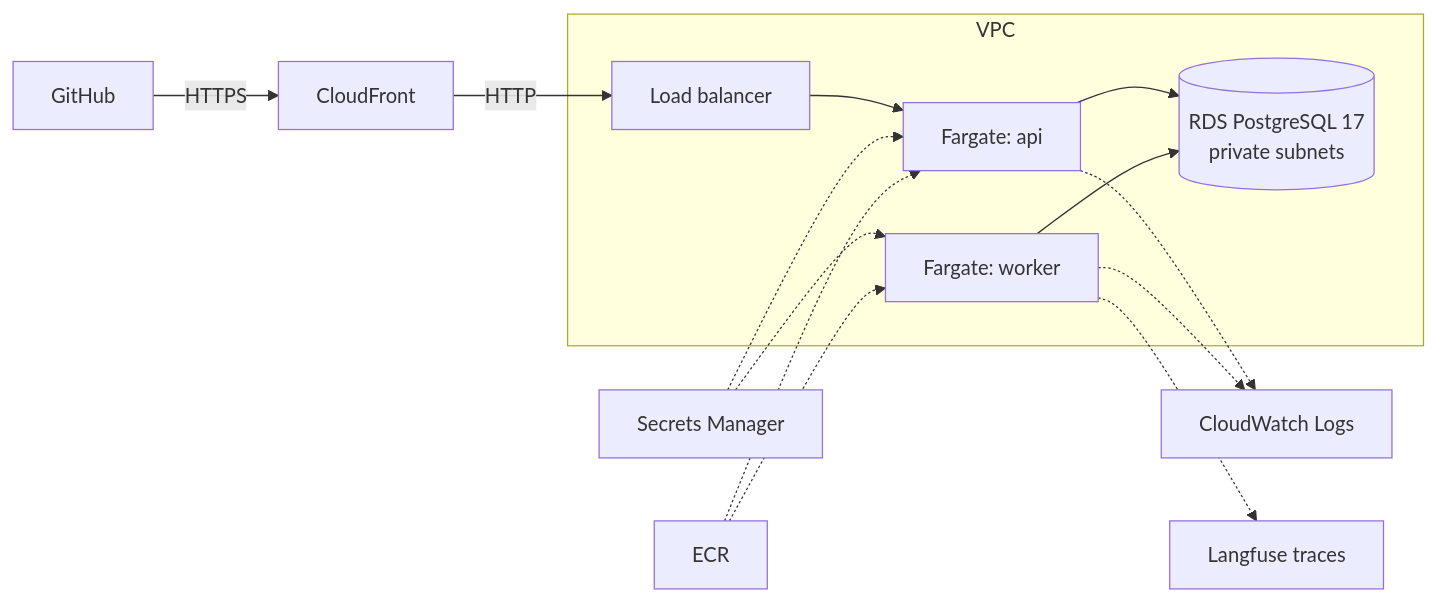
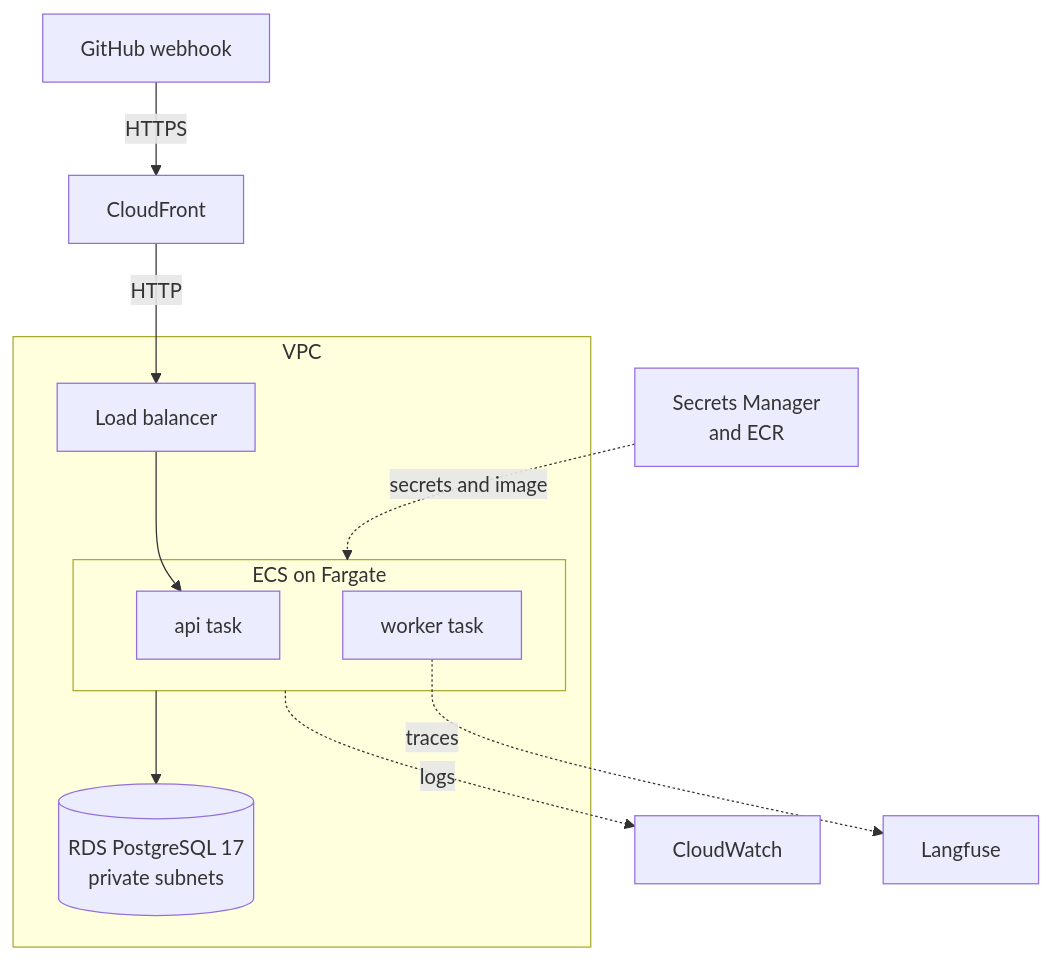
The second of 2 diagrams in README.md (dalmirosf/cicd-doctor), drawn with Mermaid before and after one commit. The commit also changed other lines of this file and 2 other files, not shown here.

Commit message:
README: vertical diagrams; add the MIT license (D-132)

````diff
--- a/README.md
+++ b/README.md
@@ -72,17 +71,16 @@
 ```mermaid
-flowchart LR
-    GH[GitHub] -->|HTTPS| CF[CloudFront]
-    CF -->|HTTP| ALB[Load balancer]
+flowchart TD
+    GH[GitHub webhook] -->|HTTPS| CF[CloudFront]
+    CF -->|HTTP| ALB
+    SM[Secrets Manager<br/>and ECR] -.->|secrets and image| TASKS
     subgraph VPC
-      ALB --> API[Fargate: api]
-      API --> RDS[(RDS PostgreSQL 17<br/>private subnets)]
-      W[Fargate: worker] --> RDS
+        ALB[Load balancer] --> API
+        subgraph TASKS[ECS on Fargate]
+            API[api task]
+            W[worker task]
+        end
+        TASKS --> RDS[(RDS PostgreSQL 17<br/>private subnets)]
     end
-    SM[Secrets Manager] -.-> API
-    SM -.-> W
-    ECR[ECR] -.-> API
-    ECR -.-> W
-    API -.-> CW[CloudWatch Logs]
-    W -.-> CW
-    W -.-> LF[Langfuse traces]
+    TASKS -.->|logs| CW[CloudWatch]
+    W -.->|traces| LF[Langfuse]
 ```
````
